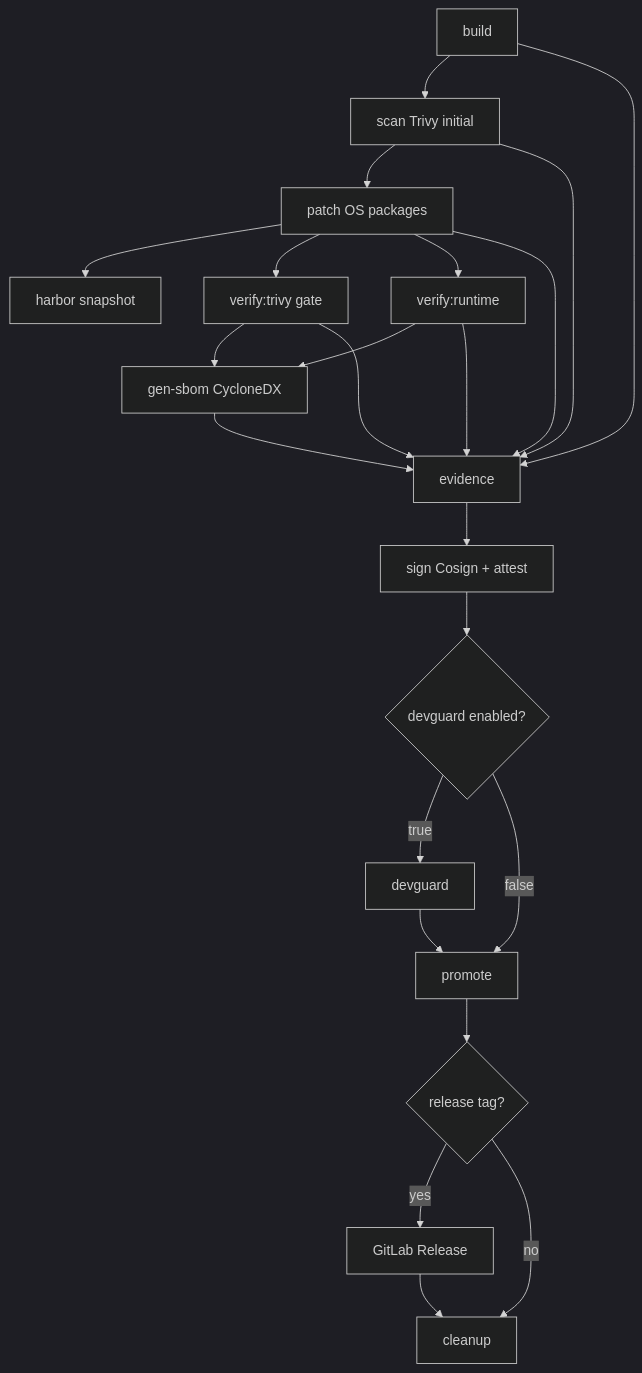
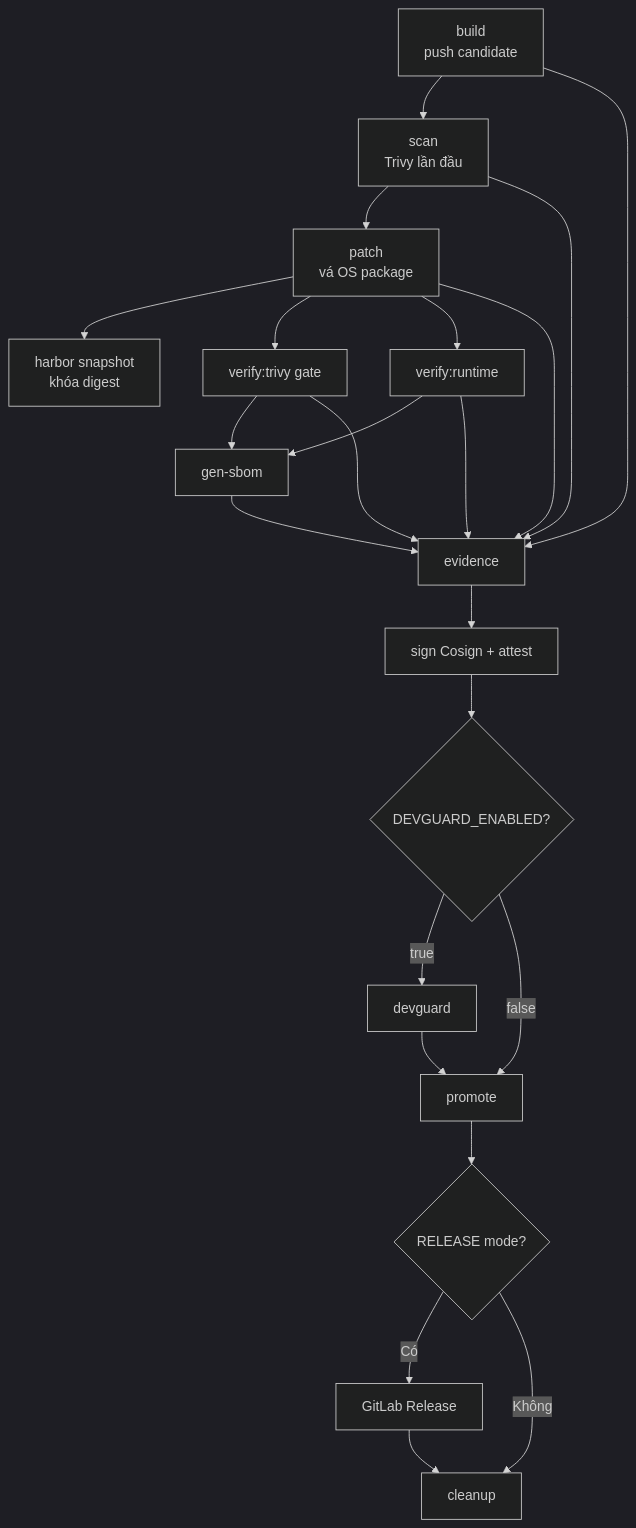
One commit to solution156/ci-core changed the fourth of 5 diagrams in README.md. Above: the diagram before and after it, drawn with Mermaid (dark theme). The commit also changed other lines of this file, not shown here.

````diff
--- a/README.md
+++ b/README.md
@@ -134,25 +128,25 @@
 ```mermaid
 flowchart TD
-    B[build] --> S[scan Trivy initial]
-    S --> P[patch OS packages]
-    P --> SN[harbor snapshot]
-    P --> VT[verify:trivy gate]
-    P --> VR[verify:runtime]
-    VT --> SB[gen-sbom CycloneDX]
+    B["build<br/>push candidate"] --> S["scan<br/>Trivy lần đầu"]
+    S --> P["patch<br/>vá OS package"]
+    P --> SN["harbor snapshot<br/>khóa digest"]
+    P --> VT["verify:trivy gate"]
+    P --> VR["verify:runtime"]
+    VT --> SB["gen-sbom"]
     VR --> SB
-    B --> EV[evidence]
+    B --> EV["evidence"]
     S --> EV
     P --> EV
     VT --> EV
     VR --> EV
     SB --> EV
-    EV --> SG[sign Cosign + attest]
-    SG --> DG{devguard enabled?}
-    DG -->|true| D[devguard]
-    DG -->|false| PR[promote]
+    EV --> SG["sign Cosign + attest"]
+    SG --> DG{"DEVGUARD_ENABLED?"}
+    DG -->|true| D["devguard"]
+    DG -->|false| PR["promote"]
     D --> PR
-    PR --> RL{release tag?}
-    RL -->|yes| R[GitLab Release]
-    RL -->|no| CL[cleanup]
+    PR --> RL{"RELEASE mode?"}
+    RL -->|Có| R["GitLab Release"]
+    RL -->|Không| CL["cleanup"]
     R --> CL
 ```
````
